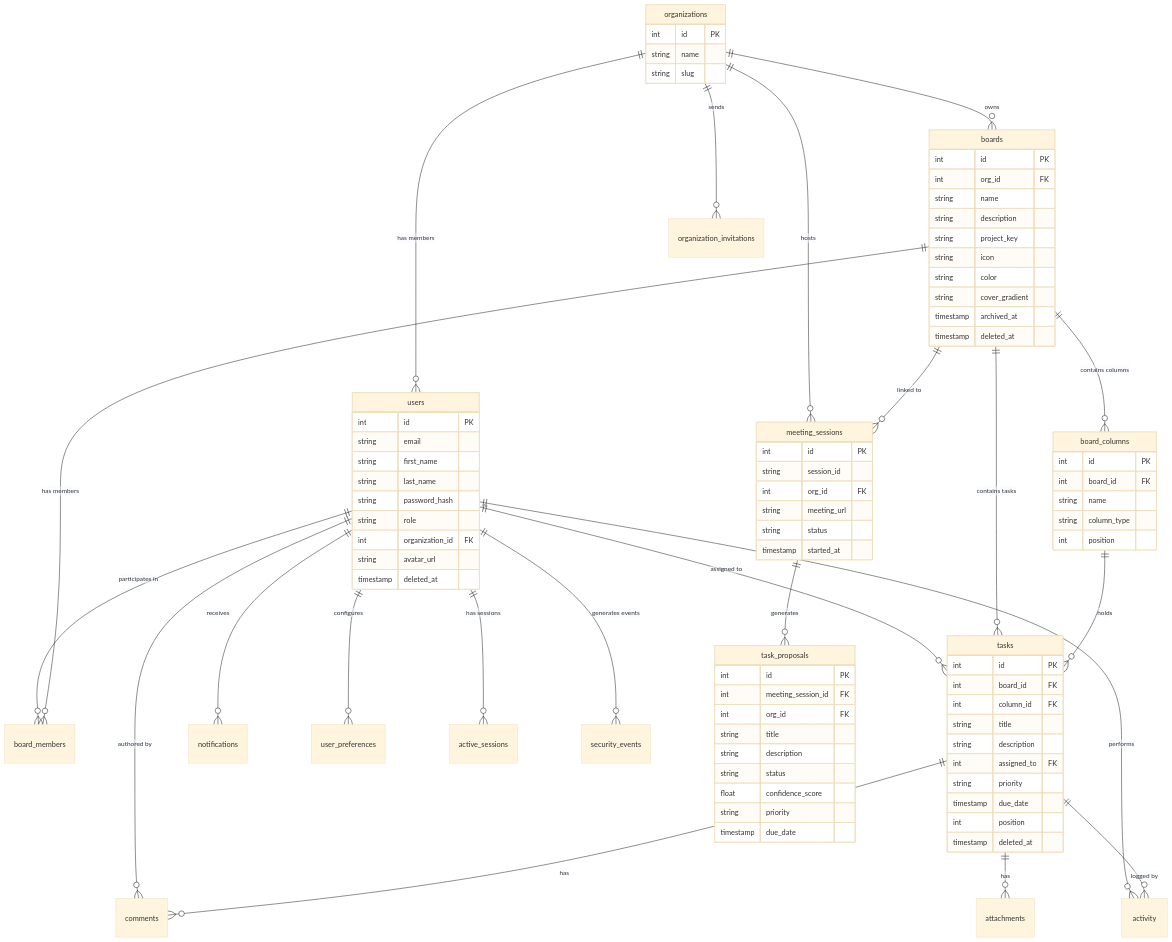
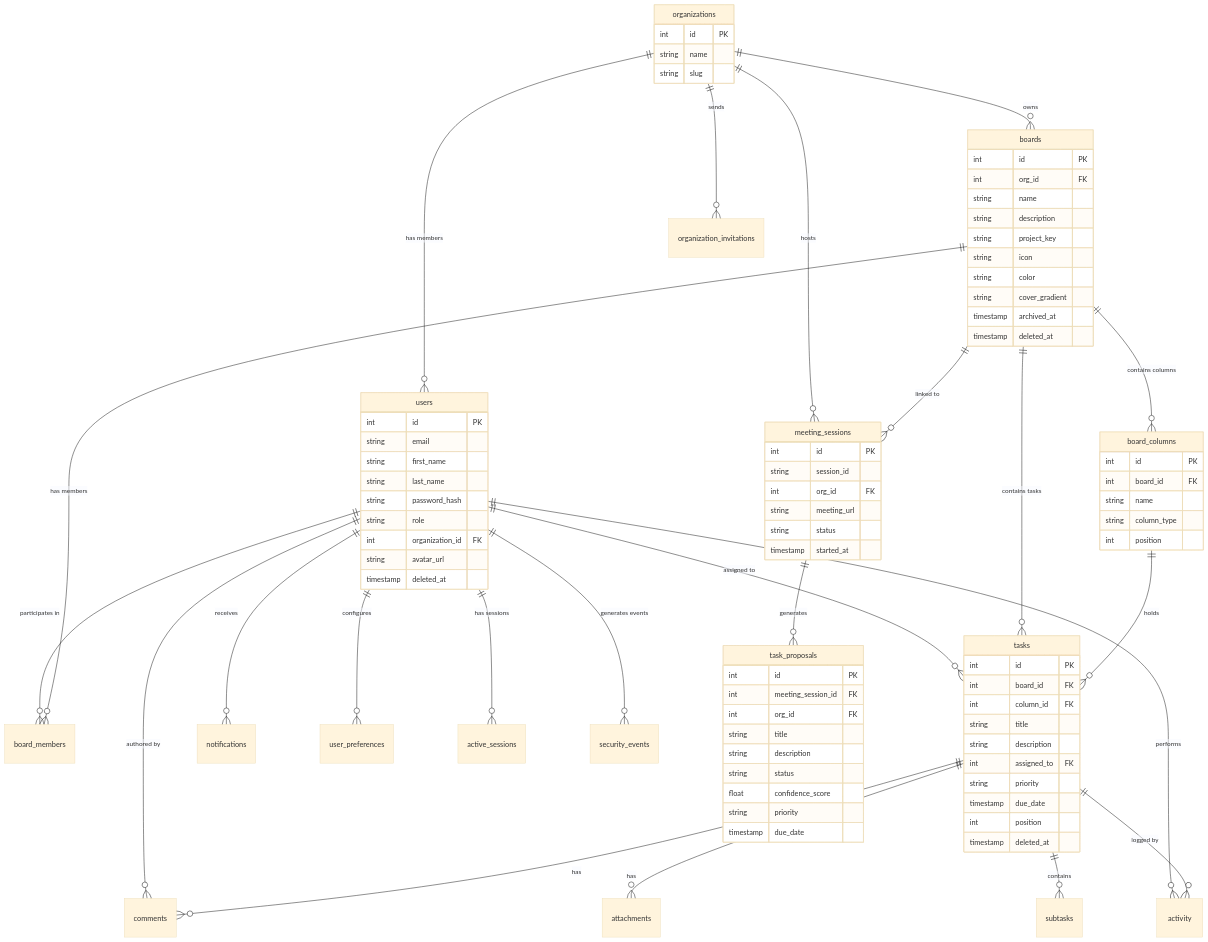
One commit to CoderArindam/kaio changed the diagram in docs/04_DATABASE_ARCHITECTURE.md. Above: the diagram before and after it, drawn with Mermaid (base theme). The commit also changed other lines of this file and 14 other files, not shown here.

```diff
--- a/docs/04_DATABASE_ARCHITECTURE.md
+++ b/docs/04_DATABASE_ARCHITECTURE.md
@@ -54,6 +54,7 @@
     board_columns ||--o{ tasks : "holds"
     tasks ||--o{ comments : "has"
     tasks ||--o{ attachments : "has"
+    tasks ||--o{ subtasks : "contains"
     tasks ||--o{ activity : "logged by"
     meeting_sessions ||--o{ task_proposals : "generates"
 
```
